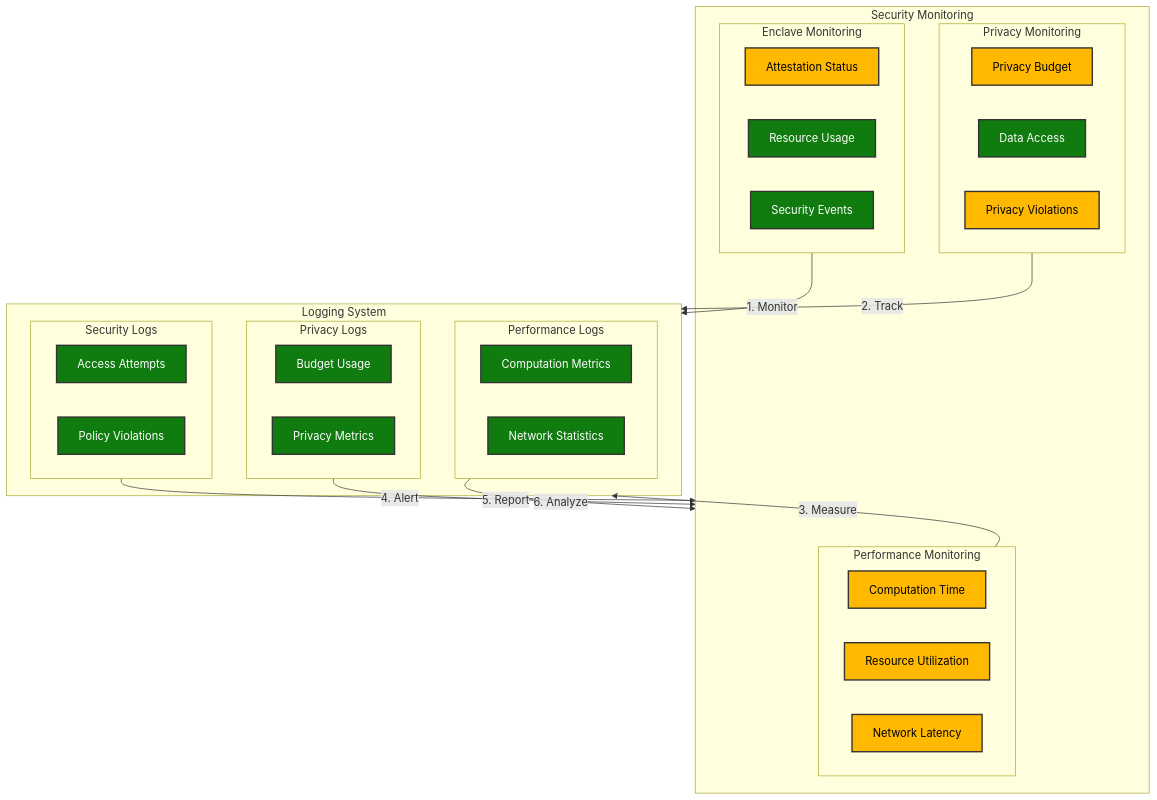
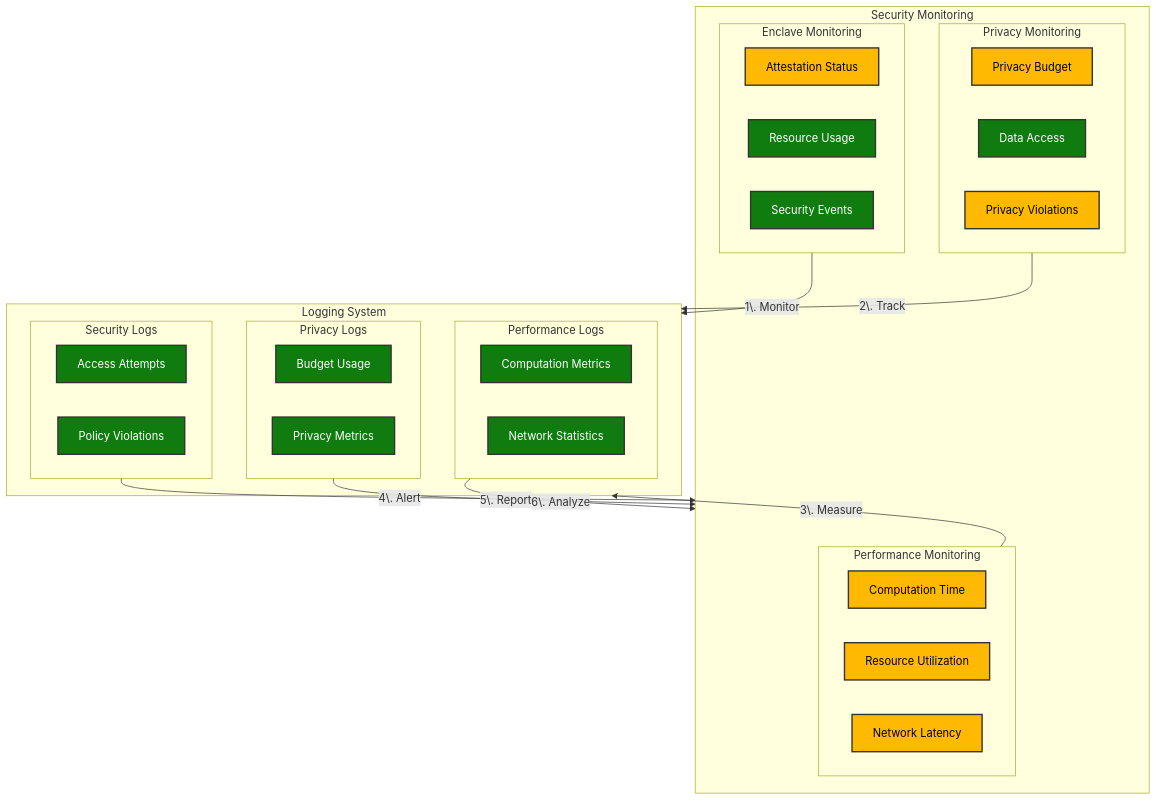
Before and after one commit to gitmujoshi/confidentialcomputingplatform: the diagram in docs/diagrams/security_monitoring.mmd, drawn with Mermaid. The commit also changed 2 other files, not shown here.

Commit message:
fixed the diagrams

```diff
--- a/docs/diagrams/security_monitoring.mmd
+++ b/docs/diagrams/security_monitoring.mmd
@@ -1,54 +1,54 @@
 flowchart TB
     subgraph Monitoring["Security Monitoring"]
         subgraph EnclaveMonitor["Enclave Monitoring"]
             AttestStatus[Attestation Status]
             ResourceUsage[Resource Usage]
             SecurityEvents[Security Events]
         end
 
         subgraph PrivacyMonitor["Privacy Monitoring"]
             BudgetTracking[Privacy Budget]
             DataAccess[Data Access]
             PrivacyViolations[Privacy Violations]
         end
 
         subgraph PerfMonitor["Performance Monitoring"]
             CompTime[Computation Time]
             ResourceUtil[Resource Utilization]
             NetworkLatency[Network Latency]
         end
     end
 
     subgraph Logging["Logging System"]
         subgraph SecurityLogs["Security Logs"]
             AccessAttempts[Access Attempts]
             SecurityEvents[Security Events]
             PolicyViolations[Policy Violations]
         end
 
         subgraph PrivacyLogs["Privacy Logs"]
             BudgetUsage[Budget Usage]
             DataAccess[Data Access]
             PrivacyMetrics[Privacy Metrics]
         end
 
         subgraph PerfLogs["Performance Logs"]
             CompMetrics[Computation Metrics]
             ResourceUsage[Resource Usage]
             NetworkStats[Network Statistics]
         end
     end
 
-    EnclaveMonitor --> |1. Monitor|Logging
-    PrivacyMonitor --> |2. Track|Logging
-    PerfMonitor --> |3. Measure|Logging
+    EnclaveMonitor --> |"1\. Monitor"|Logging
+    PrivacyMonitor --> |"2\. Track"|Logging
+    PerfMonitor --> |"3\. Measure"|Logging
 
-    SecurityLogs --> |4. Alert|Monitoring
-    PrivacyLogs --> |5. Report|Monitoring
-    PerfLogs --> |6. Analyze|Monitoring
+    SecurityLogs --> |"4\. Alert"|Monitoring
+    PrivacyLogs --> |"5\. Report"|Monitoring
+    PerfLogs --> |"6\. Analyze"|Monitoring
 
     classDef monitor fill:#FFB900,stroke:#333,stroke-width:2px,color:black
     classDef logging fill:#107C10,stroke:#333,stroke-width:2px,color:white
 
     class AttestStatus,ResourceUsage,SecurityEvents,BudgetTracking,DataAccess,PrivacyViolations,CompTime,ResourceUtil,NetworkLatency monitor
     class AccessAttempts,SecurityEvents,PolicyViolations,BudgetUsage,DataAccess,PrivacyMetrics,CompMetrics,ResourceUsage,NetworkStats logging
```
